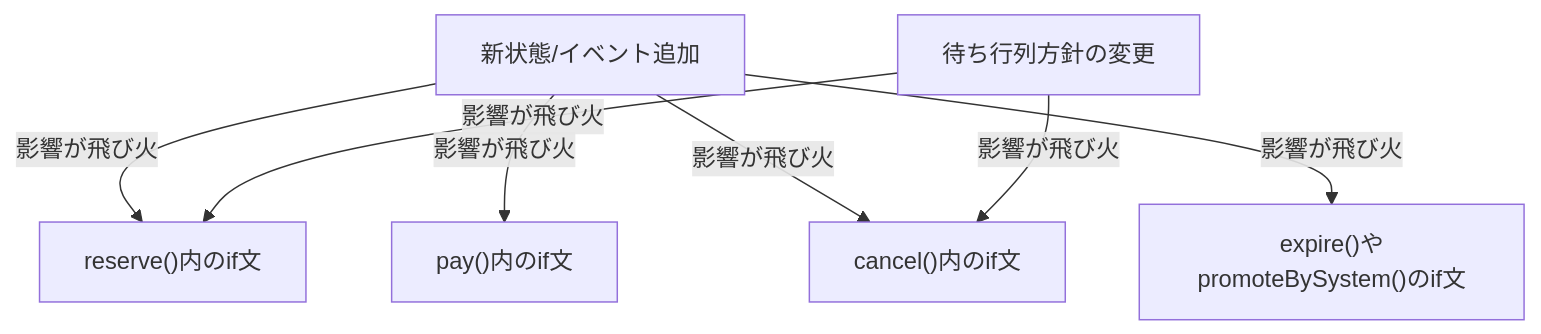
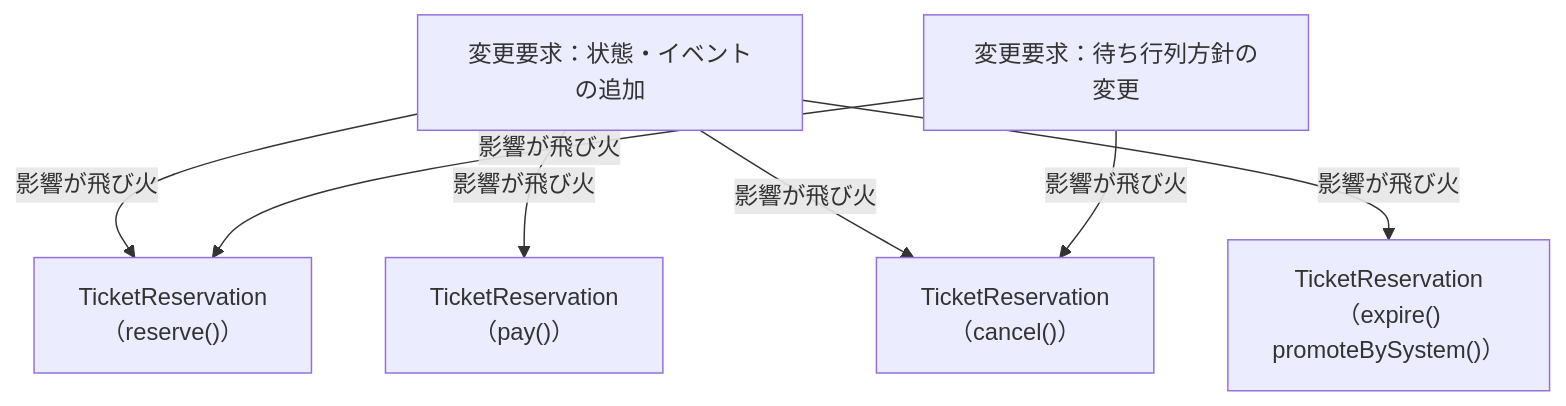
One commit to kumachan1101-pixel/DesignPattern changed the ninth of 18 diagrams in kindle/design-patterns/books/volume01-core-patterns/output/chapter02.md. Above: the diagram before and after it, drawn with Mermaid. The commit also changed other lines of this file and 8 other files, not shown here.

````diff
--- a/kindle/design-patterns/books/volume01-core-patterns/output/chapter02.md
+++ b/kindle/design-patterns/books/volume01-core-patterns/output/chapter02.md
@@ -1415,9 +1406,9 @@
 ```mermaid
 graph TD
-    T1["新状態/イベント追加"] -->|"影響が飛び火"| A["reserve()内のif文"]
-    T1 -->|"影響が飛び火"| B["pay()内のif文"]
-    T1 -->|"影響が飛び火"| C["cancel()内のif文"]
-    T1 -->|"影響が飛び火"| D["expire()やpromoteBySystem()のif文"]
-    T2["待ち行列方針の変更"] -->|"影響が飛び火"| A
+    T1["変更要求：状態・イベントの追加"] -->|"影響が飛び火"| A["TicketReservation<br>（reserve()）"]
+    T1 -->|"影響が飛び火"| B["TicketReservation<br>（pay()）"]
+    T1 -->|"影響が飛び火"| C["TicketReservation<br>（cancel()）"]
+    T1 -->|"影響が飛び火"| D["TicketReservation<br>（expire()<br>promoteBySystem()）"]
+    T2["変更要求：待ち行列方針の変更"] -->|"影響が飛び火"| A
     T2 -->|"影響が飛び火"| C
 ```
````
